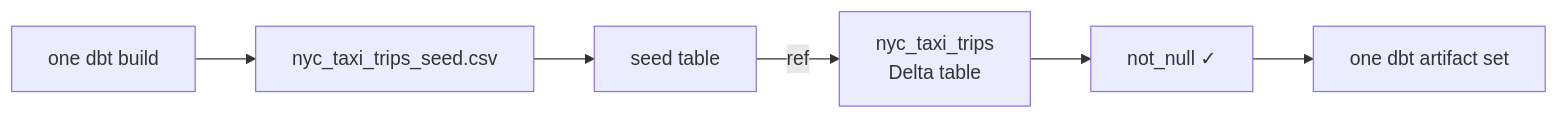
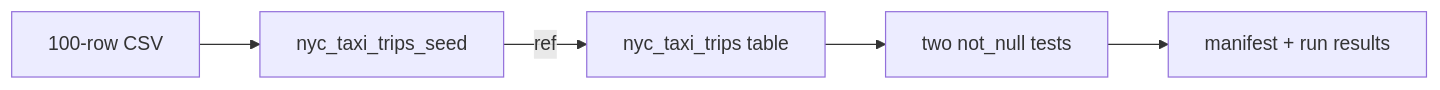
The diagram in docs/tutorials/explore-the-project.md (MiguelElGallo/bricks-cli), drawn with Mermaid before and after one commit. The commit also changed other lines of this file and 67 other files, not shown here.

````diff
--- a/docs/tutorials/explore-the-project.md
+++ b/docs/tutorials/explore-the-project.md
@@ -161,8 +114,7 @@
 ```mermaid
 flowchart LR
-    build["one dbt build"] --> csv["nyc_taxi_trips_seed.csv"]
-    csv --> seedtbl["seed table"]
-    seedtbl -->|ref| tbl["nyc_taxi_trips<br/>Delta table"]
-    tbl --> ok["not_null ✓"]
-    ok --> artifacts["one dbt artifact set"]
+    csv["100-row CSV"] --> seed["nyc_taxi_trips_seed"]
+    seed -->|ref| model["nyc_taxi_trips table"]
+    model --> tests["two not_null tests"]
+    tests --> artifacts["manifest + run results"]
 ```
````
